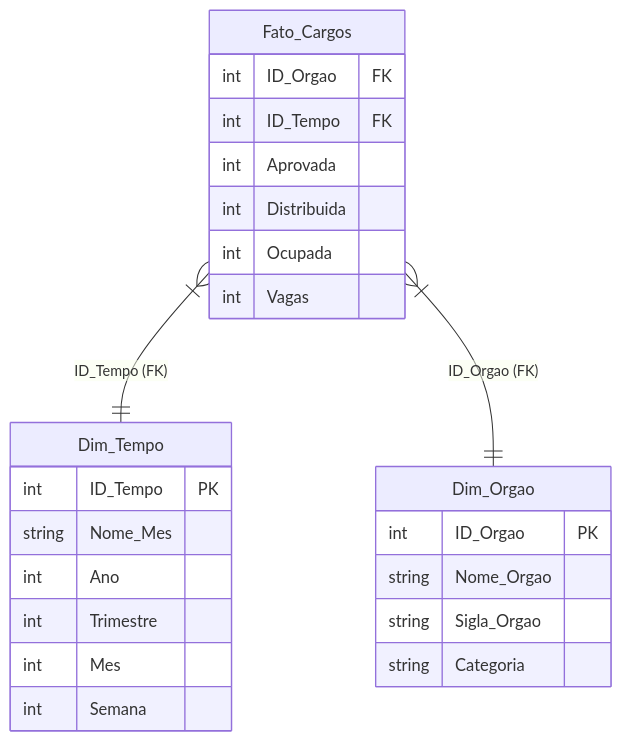
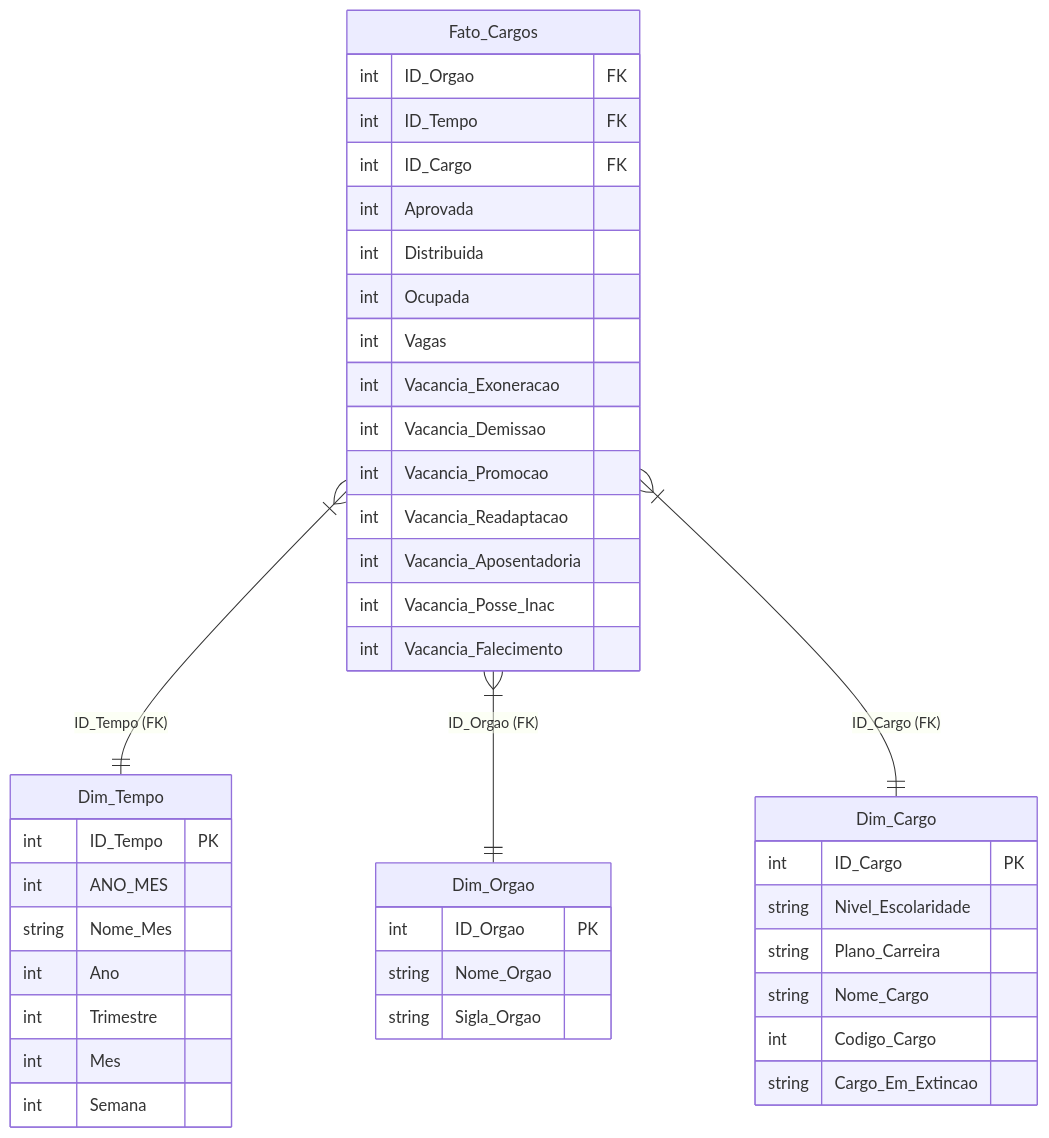
Before and after one commit to mpraes/projeto-gestao-pessoas-exec-federal: the first of 2 diagrams in docs/index.md, drawn with Mermaid.

Commit message:
atualizando doc

````diff
--- a/docs/index.md
+++ b/docs/index.md
@@ -14,30 +14,48 @@
 ```mermaid
-erDiagram
+    erDiagram
+    Fato_Cargos {
+        int ID_Orgao FK
+        int ID_Tempo FK
+        int ID_Cargo FK
+        int Aprovada
+        int Distribuida
+        int Ocupada
+        int Vagas
+        int Vacancia_Exoneracao
+        int Vacancia_Demissao
+        int Vacancia_Promocao
+        int Vacancia_Readaptacao
+        int Vacancia_Aposentadoria
+        int Vacancia_Posse_Inac
+        int Vacancia_Falecimento
+    }
+
     Dim_Tempo {
         int ID_Tempo PK
+        int ANO_MES
         string Nome_Mes
         int Ano
         int Trimestre
         int Mes
         int Semana
     }
 
     Dim_Orgao {
         int ID_Orgao PK
         string Nome_Orgao
         string Sigla_Orgao
-        string Categoria
     }
 
-    Fato_Cargos {
-        int ID_Orgao FK
-        int ID_Tempo FK
-        int Aprovada
-        int Distribuida
-        int Ocupada
-        int Vagas
+    Dim_Cargo {
+        int ID_Cargo PK
+        string Nivel_Escolaridade
+        string Plano_Carreira
+        string Nome_Cargo
+        int Codigo_Cargo
+        string Cargo_Em_Extincao
     }
 
     Fato_Cargos }|--|| Dim_Tempo : "ID_Tempo (FK)"
     Fato_Cargos }|--|| Dim_Orgao : "ID_Orgao (FK)"
+    Fato_Cargos }|--|| Dim_Cargo : "ID_Cargo (FK)"
 ```
````
